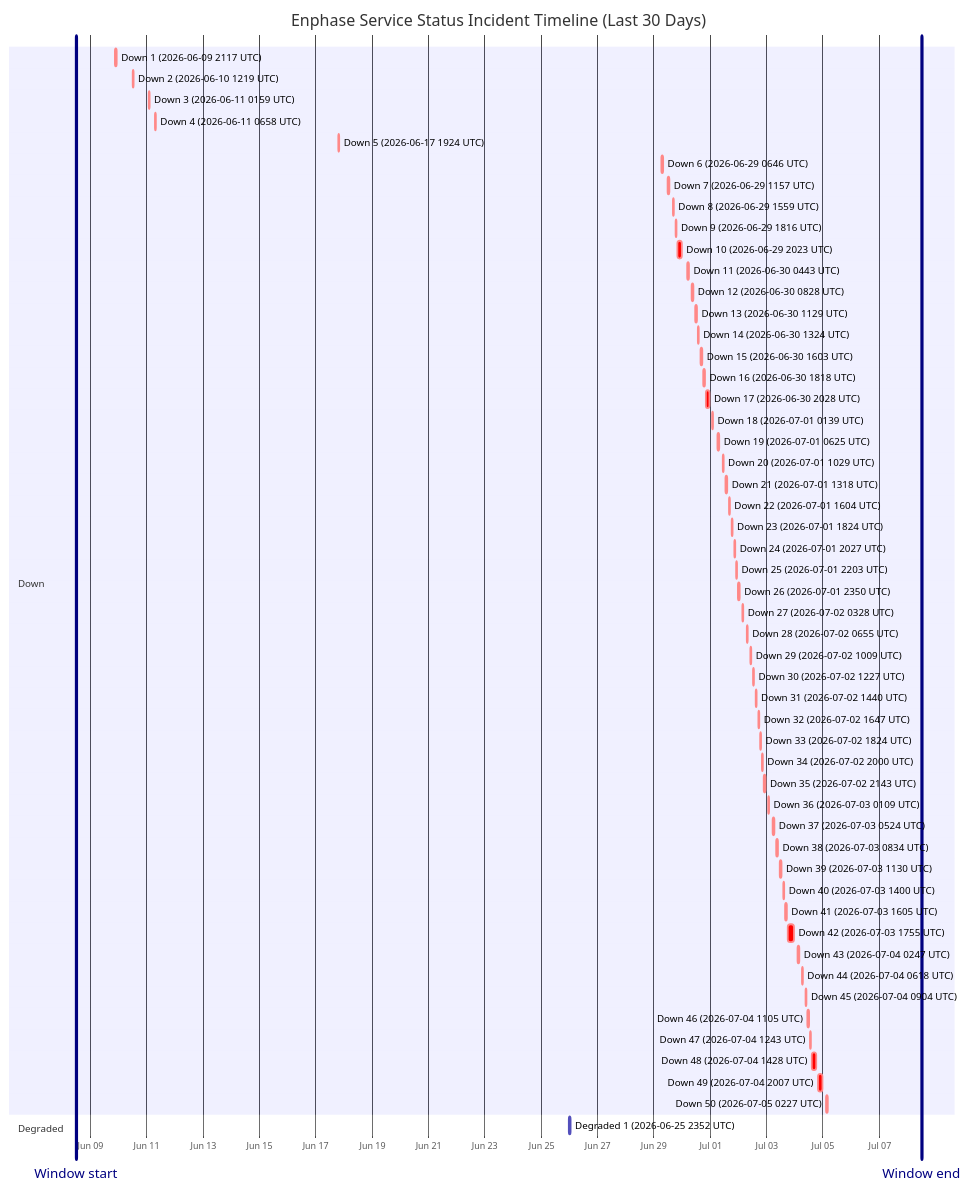
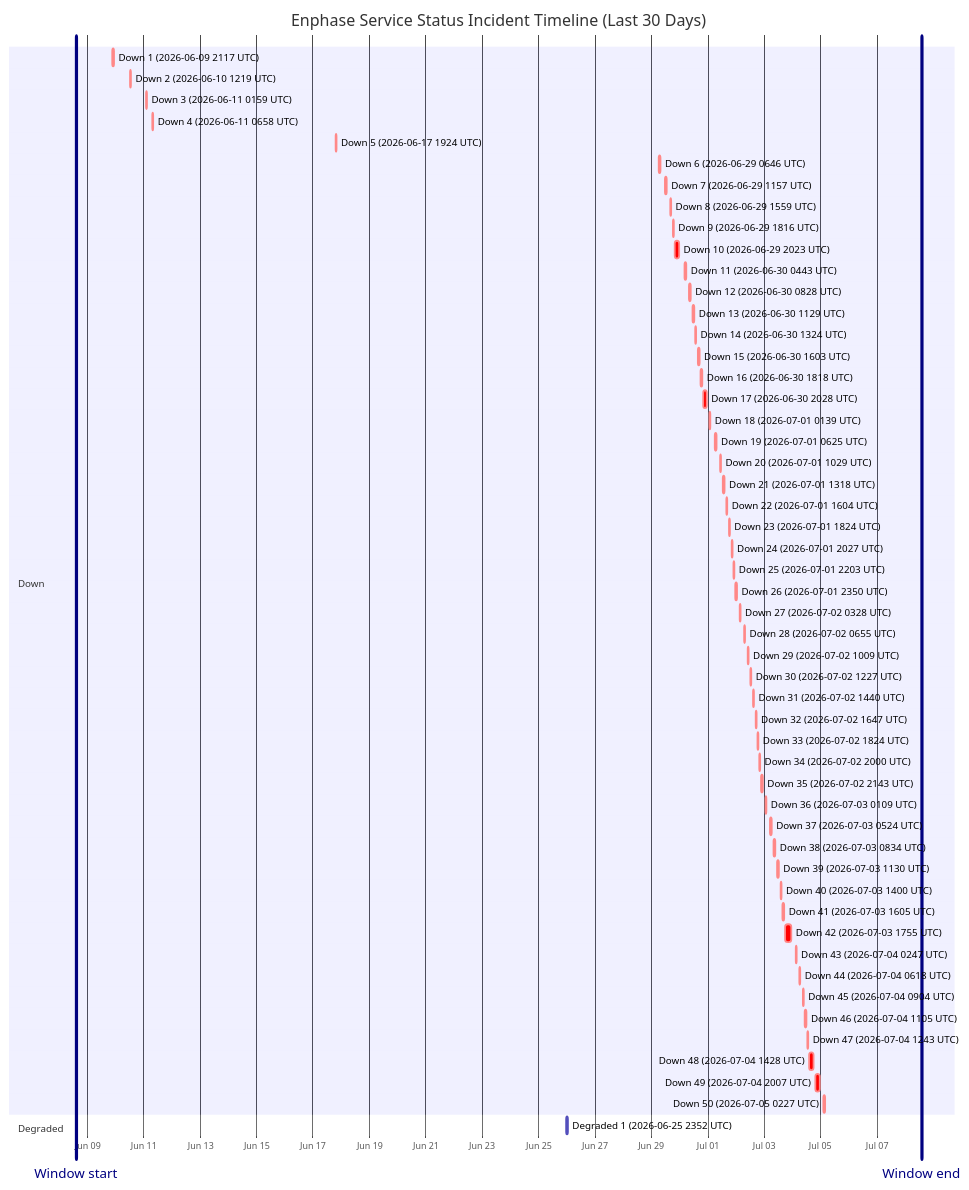
The diagram in wiki/Service-Status-History.md (barneyonline/ha-enphase-energy), drawn with Mermaid before and after one commit. The commit also changed other lines of this file and 3 other files, not shown here.

````diff
--- a/wiki/Service-Status-History.md
+++ b/wiki/Service-Status-History.md
@@ -14,61 +14,61 @@
 ```mermaid
 gantt
     title Enphase Service Status Incident Timeline (Last 30 Days)
     dateFormat  YYYY-MM-DDTHH:mm:ss
     axisFormat  %b %d
-    Window start :vert, window-start, 2026-06-08T11:46:33, 0ms
-    Window end :vert, window-end, 2026-07-08T11:46:33, 0ms
+    Window start :vert, window-start, 2026-06-08T14:01:52, 0ms
+    Window end :vert, window-end, 2026-07-08T14:01:52, 0ms
     section Down
     Down 1 (2026-06-09 2117 UTC) :crit, down-1, 2026-06-09T21:17:17, 60m
     Down 2 (2026-06-10 1219 UTC) :crit, down-2, 2026-06-10T12:19:21, 60m
     Down 3 (2026-06-11 0159 UTC) :crit, down-3, 2026-06-11T01:59:36, 60m
     Down 4 (2026-06-11 0658 UTC) :crit, down-4, 2026-06-11T06:58:45, 60m
     Down 5 (2026-06-17 1924 UTC) :crit, down-5, 2026-06-17T19:24:51, 60m
     Down 6 (2026-06-29 0646 UTC) :crit, down-6, 2026-06-29T06:46:18, 60m
     Down 7 (2026-06-29 1157 UTC) :crit, down-7, 2026-06-29T11:57:36, 60m
     Down 8 (2026-06-29 1559 UTC) :crit, down-8, 2026-06-29T15:59:02, 60m
     Down 9 (2026-06-29 1816 UTC) :crit, down-9, 2026-06-29T18:16:38, 60m
     Down 10 (2026-06-29 2023 UTC) :crit, down-10, 2026-06-29T20:23:16, 220m
     Down 11 (2026-06-30 0443 UTC) :crit, down-11, 2026-06-30T04:43:54, 60m
     Down 12 (2026-06-30 0828 UTC) :crit, down-12, 2026-06-30T08:28:43, 60m
     Down 13 (2026-06-30 1129 UTC) :crit, down-13, 2026-06-30T11:29:15, 60m
     Down 14 (2026-06-30 1324 UTC) :crit, down-14, 2026-06-30T13:24:25, 60m
     Down 15 (2026-06-30 1603 UTC) :crit, down-15, 2026-06-30T16:03:26, 60m
     Down 16 (2026-06-30 1818 UTC) :crit, down-16, 2026-06-30T18:18:39, 60m
     Down 17 (2026-06-30 2028 UTC) :crit, down-17, 2026-06-30T20:28:54, 171m
     Down 18 (2026-07-01 0139 UTC) :crit, down-18, 2026-07-01T01:39:18, 60m
     Down 19 (2026-07-01 0625 UTC) :crit, down-19, 2026-07-01T06:25:35, 60m
     Down 20 (2026-07-01 1029 UTC) :crit, down-20, 2026-07-01T10:29:24, 60m
     Down 21 (2026-07-01 1318 UTC) :crit, down-21, 2026-07-01T13:18:31, 60m
     Down 22 (2026-07-01 1604 UTC) :crit, down-22, 2026-07-01T16:04:29, 60m
     Down 23 (2026-07-01 1824 UTC) :crit, down-23, 2026-07-01T18:24:21, 60m
     Down 24 (2026-07-01 2027 UTC) :crit, down-24, 2026-07-01T20:27:17, 60m
     Down 25 (2026-07-01 2203 UTC) :crit, down-25, 2026-07-01T22:03:46, 60m
     Down 26 (2026-07-01 2350 UTC) :crit, down-26, 2026-07-01T23:50:52, 60m
     Down 27 (2026-07-02 0328 UTC) :crit, down-27, 2026-07-02T03:28:33, 60m
     Down 28 (2026-07-02 0655 UTC) :crit, down-28, 2026-07-02T06:55:07, 60m
     Down 29 (2026-07-02 1009 UTC) :crit, down-29, 2026-07-02T10:09:15, 60m
     Down 30 (2026-07-02 1227 UTC) :crit, down-30, 2026-07-02T12:27:49, 60m
     Down 31 (2026-07-02 1440 UTC) :crit, down-31, 2026-07-02T14:40:53, 60m
     Down 32 (2026-07-02 1647 UTC) :crit, down-32, 2026-07-02T16:47:47, 60m
     Down 33 (2026-07-02 1824 UTC) :crit, down-33, 2026-07-02T18:24:26, 60m
     Down 34 (2026-07-02 2000 UTC) :crit, down-34, 2026-07-02T20:00:57, 60m
     Down 35 (2026-07-02 2143 UTC) :crit, down-35, 2026-07-02T21:43:52, 80m
     Down 36 (2026-07-03 0109 UTC) :crit, down-36, 2026-07-03T01:09:19, 60m
     Down 37 (2026-07-03 0524 UTC) :crit, down-37, 2026-07-03T05:24:23, 60m
     Down 38 (2026-07-03 0834 UTC) :crit, down-38, 2026-07-03T08:34:05, 60m
     Down 39 (2026-07-03 1130 UTC) :crit, down-39, 2026-07-03T11:30:41, 60m
     Down 40 (2026-07-03 1400 UTC) :crit, down-40, 2026-07-03T14:00:48, 60m
     Down 41 (2026-07-03 1605 UTC) :crit, down-41, 2026-07-03T16:05:49, 60m
     Down 42 (2026-07-03 1755 UTC) :crit, down-42, 2026-07-03T17:55:54, 338m
     Down 43 (2026-07-04 0247 UTC) :crit, down-43, 2026-07-04T02:47:22, 60m
     Down 44 (2026-07-04 0618 UTC) :crit, down-44, 2026-07-04T06:18:09, 60m
     Down 45 (2026-07-04 0904 UTC) :crit, down-45, 2026-07-04T09:04:41, 60m
     Down 46 (2026-07-04 1105 UTC) :crit, down-46, 2026-07-04T11:05:21, 60m
     Down 47 (2026-07-04 1243 UTC) :crit, down-47, 2026-07-04T12:43:25, 60m
     Down 48 (2026-07-04 1428 UTC) :crit, down-48, 2026-07-04T14:28:07, 243m
     Down 49 (2026-07-04 2007 UTC) :crit, down-49, 2026-07-04T20:07:50, 206m
     Down 50 (2026-07-05 0227 UTC) :crit, down-50, 2026-07-05T02:27:32, 109m
     section Degraded
     Degraded 1 (2026-06-25 2352 UTC) :active, degraded-1, 2026-06-25T23:52:01, 60m
 ```
````
